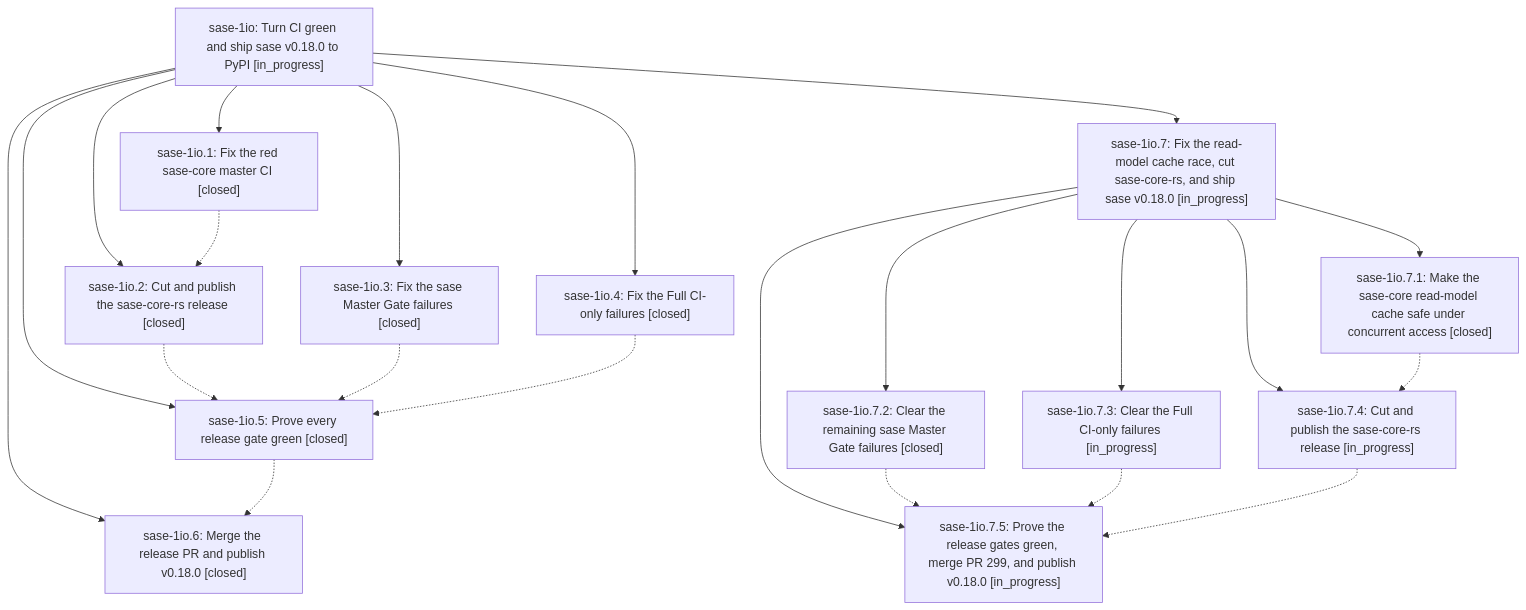
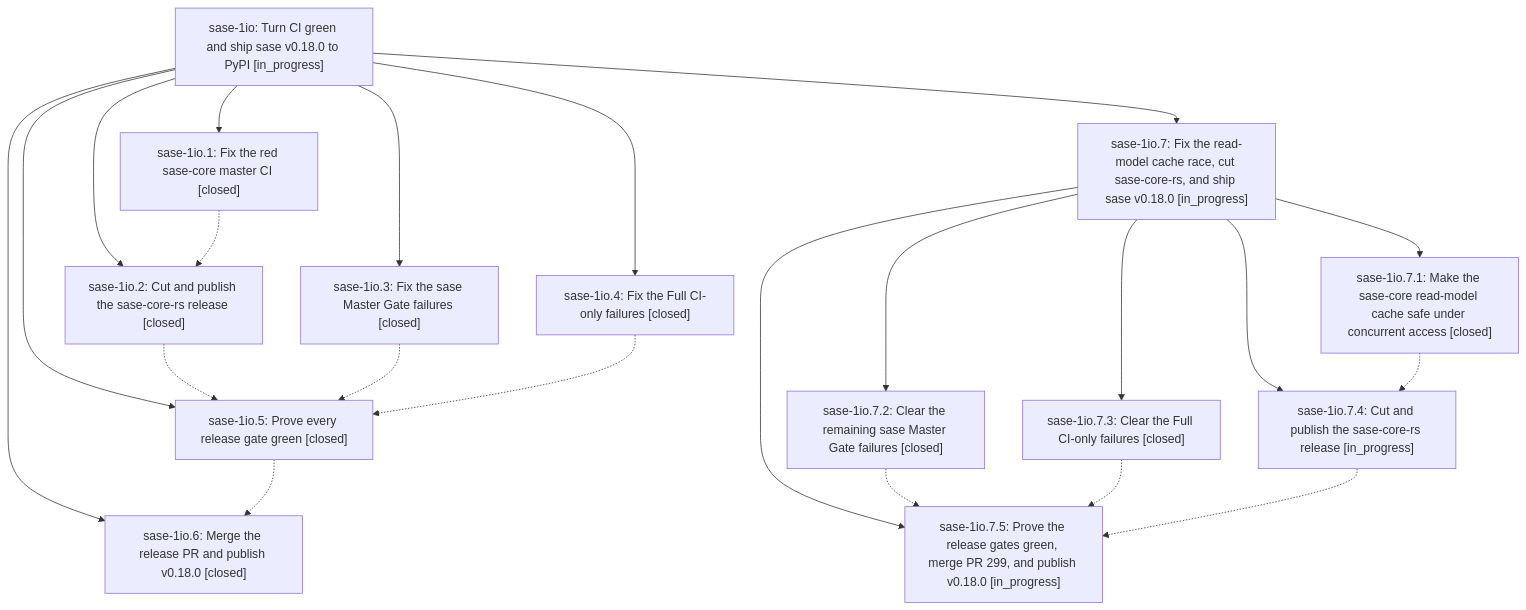
The diagram in pages/sase-1io/README.md (sase-org/sase--beads), drawn with Mermaid before and after one commit. The commit also changed other lines of this file and 6 other files, not shown here.

````diff
--- a/pages/sase-1io/README.md
+++ b/pages/sase-1io/README.md
@@ -45,37 +45,37 @@
 ```mermaid
 flowchart TD
     n0["sase-1io: Turn CI green and ship sase v0.18.0 to PyPI [in_progress]"]
     n1["sase-1io.1: Fix the red sase-core master CI [closed]"]
     n2["sase-1io.2: Cut and publish the sase-core-rs release [closed]"]
     n3["sase-1io.3: Fix the sase Master Gate failures [closed]"]
     n4["sase-1io.4: Fix the Full CI-only failures [closed]"]
     n5["sase-1io.5: Prove every release gate green [closed]"]
     n6["sase-1io.6: Merge the release PR and publish v0.18.0 [closed]"]
     n7["sase-1io.7: Fix the read-model cache race, cut sase-core-rs, and ship sase v0.18.0 [in_progress]"]
     n8["sase-1io.7.1: Make the sase-core read-model cache safe under concurrent access [closed]"]
     n9["sase-1io.7.2: Clear the remaining sase Master Gate failures [closed]"]
-    n10["sase-1io.7.3: Clear the Full CI-only failures [in_progress]"]
+    n10["sase-1io.7.3: Clear the Full CI-only failures [closed]"]
     n11["sase-1io.7.4: Cut and publish the sase-core-rs release [in_progress]"]
     n12["sase-1io.7.5: Prove the release gates green, merge PR 299, and publish v0.18.0 [in_progress]"]
     n0 --> n1
     n0 --> n2
     n0 --> n3
     n0 --> n4
     n0 --> n5
     n0 --> n6
     n0 --> n7
     n7 --> n8
     n7 --> n9
     n7 --> n10
     n7 --> n11
     n7 --> n12
     n1 -.-> n2
     n2 -.-> n5
     n3 -.-> n5
     n4 -.-> n5
     n5 -.-> n6
     n8 -.-> n11
     n9 -.-> n12
     n10 -.-> n12
     n11 -.-> n12
 ```
````
